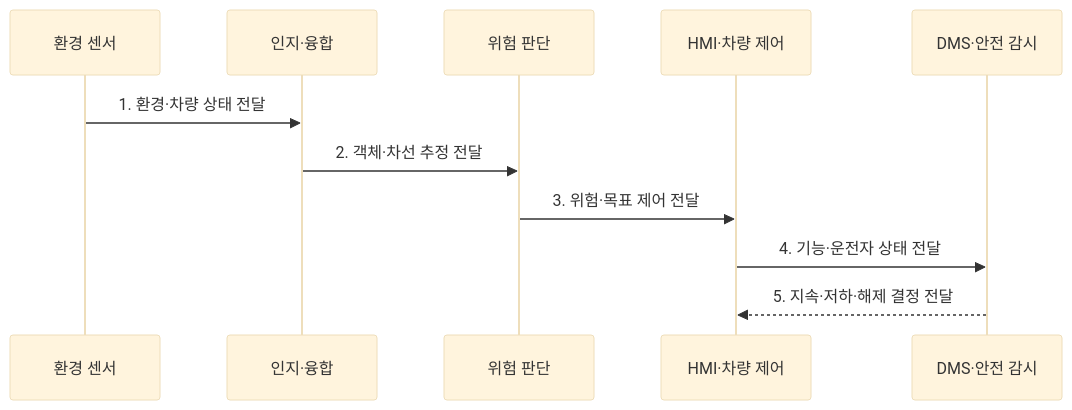
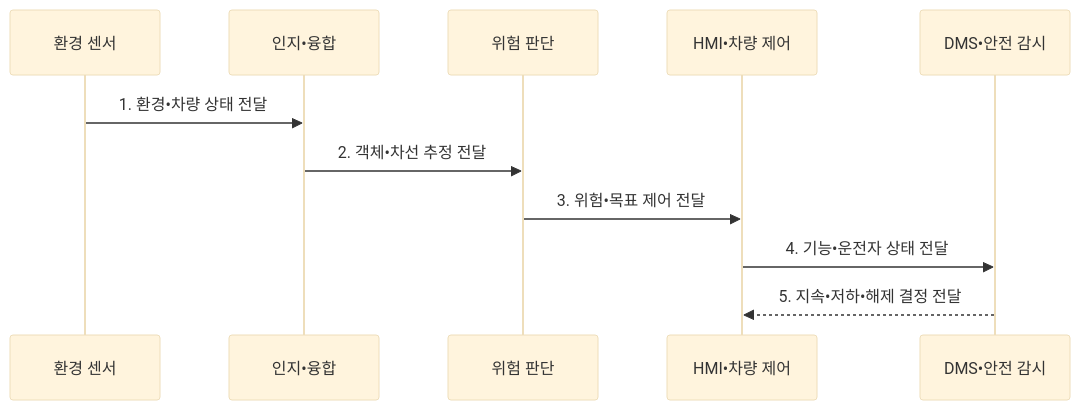
The second of 2 diagrams in src/content/docs/notes/08-latest-tech/208_adas_advanced_driver_assistance_system.md (agnusdei1207/knowledge-base), drawn with Mermaid (base theme) before and after one commit. The commit also changed other lines of this file and 953 other files, not shown here.

````diff
--- a/src/content/docs/notes/08-latest-tech/208_adas_advanced_driver_assistance_system.md
+++ b/src/content/docs/notes/08-latest-tech/208_adas_advanced_driver_assistance_system.md
@@ -103,13 +103,13 @@
 ```mermaid
 sequenceDiagram
     participant S as 환경 센서
-    participant P as 인지·융합
+    participant P as 인지•융합
     participant R as 위험 판단
-    participant C as HMI·차량 제어
-    participant D as DMS·안전 감시
-    S->>P: 1. 환경·차량 상태 전달
-    P->>R: 2. 객체·차선 추정 전달
-    R->>C: 3. 위험·목표 제어 전달
-    C->>D: 4. 기능·운전자 상태 전달
-    D-->>C: 5. 지속·저하·해제 결정 전달
+    participant C as HMI•차량 제어
+    participant D as DMS•안전 감시
+    S->>P: 1. 환경•차량 상태 전달
+    P->>R: 2. 객체•차선 추정 전달
+    R->>C: 3. 위험•목표 제어 전달
+    C->>D: 4. 기능•운전자 상태 전달
+    D-->>C: 5. 지속•저하•해제 결정 전달
 ```
````
